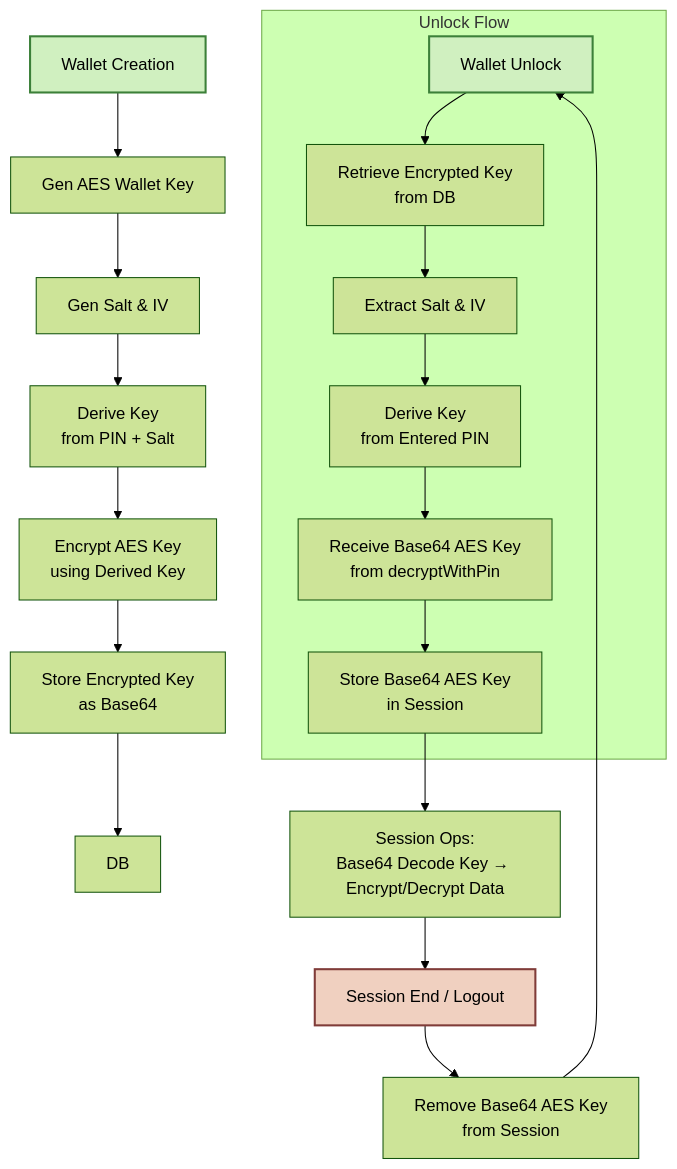
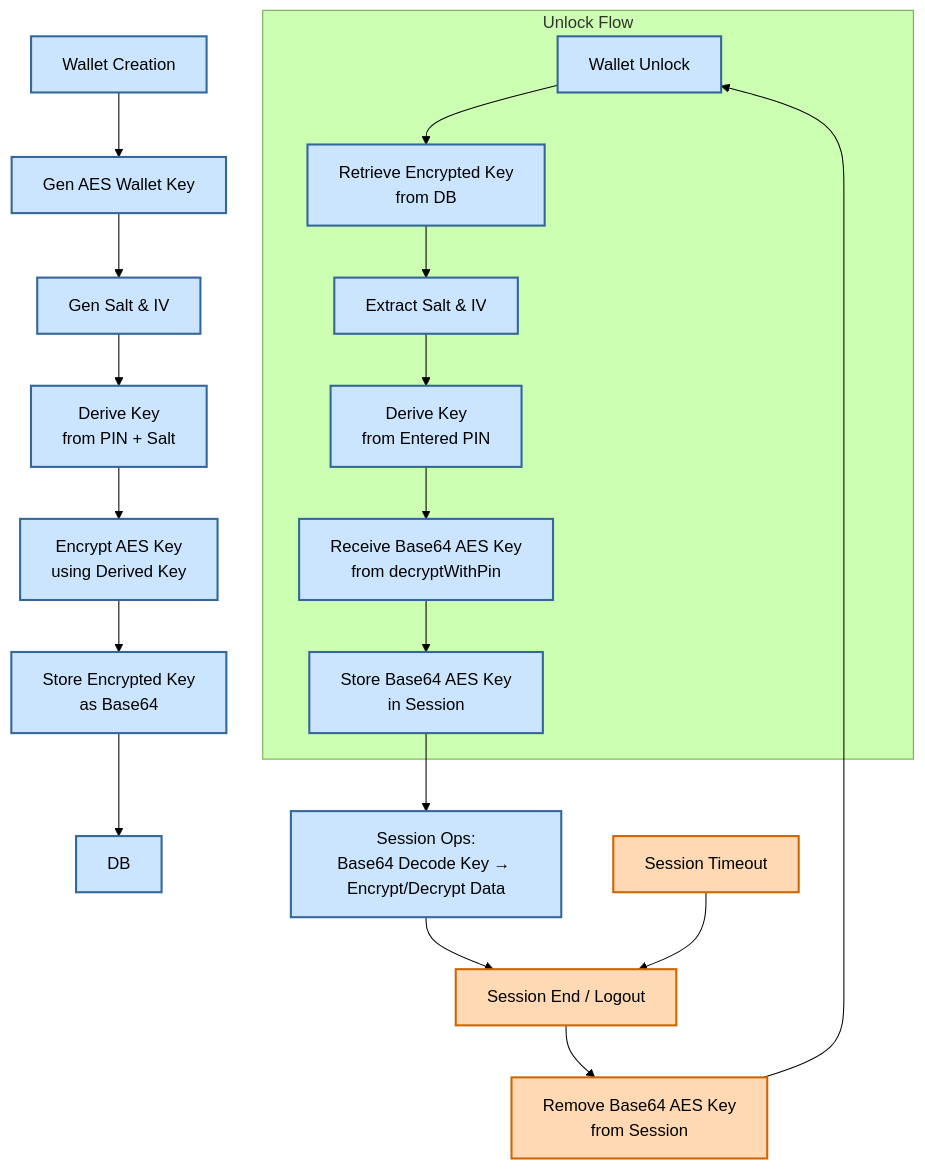
Before and after one commit to injibr/mimoto: the diagram in docs/UserDataEncryptionWithPinBasedKey.md, drawn with Mermaid (forest theme). The commit also changed other lines of this file, not shown here.

Commit message:
injiweb-1552 added config for session timeout

````diff
--- a/docs/UserDataEncryptionWithPinBasedKey.md
+++ b/docs/UserDataEncryptionWithPinBasedKey.md
@@ -69,31 +78,36 @@
 ```mermaid
 flowchart TD
 %% Wallet Creation Flow
 A[Wallet Creation] --> B[Gen AES Wallet Key]
 B --> C[Gen Salt & IV]
 C --> D[Derive Key<br>from PIN + Salt]
 D --> E[Encrypt AES Key<br>using Derived Key]
 E --> F[Store Encrypted Key<br>as Base64]
 F --> G[DB]
 
     %% Wallet Unlock Subgraph
     subgraph Unlock Flow
         H[Wallet Unlock] --> I[Retrieve Encrypted Key<br>from DB]
         I --> J[Extract Salt & IV]
         J --> K[Derive Key<br>from Entered PIN]
         K --> L[Receive Base64 AES Key<br>from decryptWithPin]
         L --> M[Store Base64 AES Key<br>in Session]
     end
 
     %% Session Operations
     M --> N[Session Ops:<br>Base64 Decode Key → Encrypt/Decrypt Data]
     N --> O[Session End / Logout]
     O --> P[Remove Base64 AES Key<br>from Session]
     P --> H
 
+    %% Session Timeout Node
+    Q[Session Timeout] --> O
+
     %% Style classes
-    classDef styleA fill:#D0F0C0,stroke:#3C8039,stroke-width:2px;
-    classDef styleP fill:#F0D0C0,stroke:#803C39,stroke-width:2px;
-    class A,H styleA
-    class O styleP
+    classDef stylePrimary fill:#CCE5FF,stroke:#336699,stroke-width:2px;
+    classDef styleSuccess fill:#D0F0C0,stroke:#3C8039,stroke-width:2px;
+    classDef styleWarning fill:#FFD9B3,stroke:#CC6600,stroke-width:2px;
+
+    class A,B,C,D,E,F,G,H,I,J,K,L,M,N stylePrimary
+    class O,P,Q styleWarning
 ```
````
